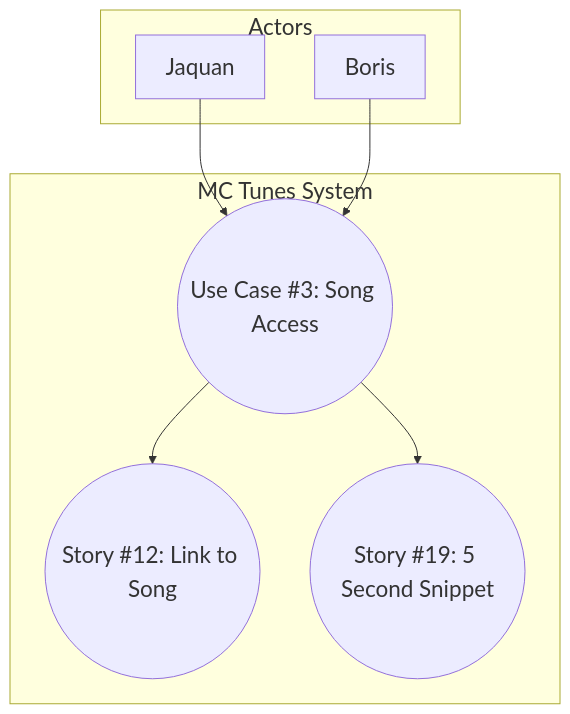
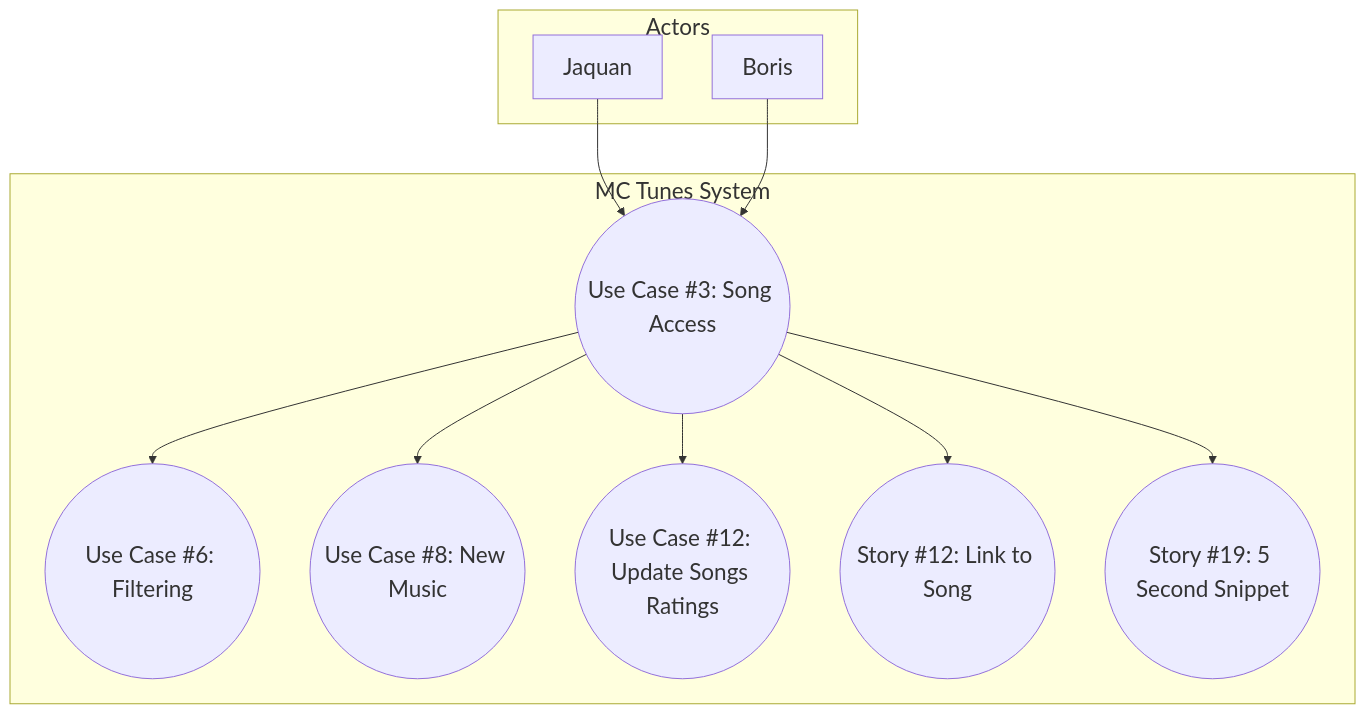
Before and after one commit to bdsriver/MCTunes_Diagrams: the diagram in MC_Tunes_Use_Case_3.mmd, drawn with Mermaid. The commit also changed 3 other files, not shown here.

Commit message:
updated use case diagrams

```diff
--- a/MC_Tunes_Use_Case_3.mmd
+++ b/MC_Tunes_Use_Case_3.mmd
@@ -1,20 +1,26 @@
 ---
 config:
   layout: dagre
   themeVariables:
     fontSize: 22.5px
 ---
 flowchart TD
  subgraph Actors["Actors"]
         A1["Jaquan"]
         A2["Boris"]
   end
  subgraph System["MC Tunes System"]
         UC3(("Use Case #3: Song Access"))
+        UC6(("Use Case #6: Filtering"))
+        UC8(("Use Case #8: New Music"))
+        UC12(("Use Case #12: Update Songs Ratings"))
         US7(("Story #12: Link to Song"))
         US18(("Story #19: 5 Second Snippet"))
   end
     A1 --> UC3
     A2 --> UC3
+    UC3 --> UC6
+    UC3 --> UC8
+    UC3 --> UC12
     UC3 --> US7
     UC3 --> US18
```
